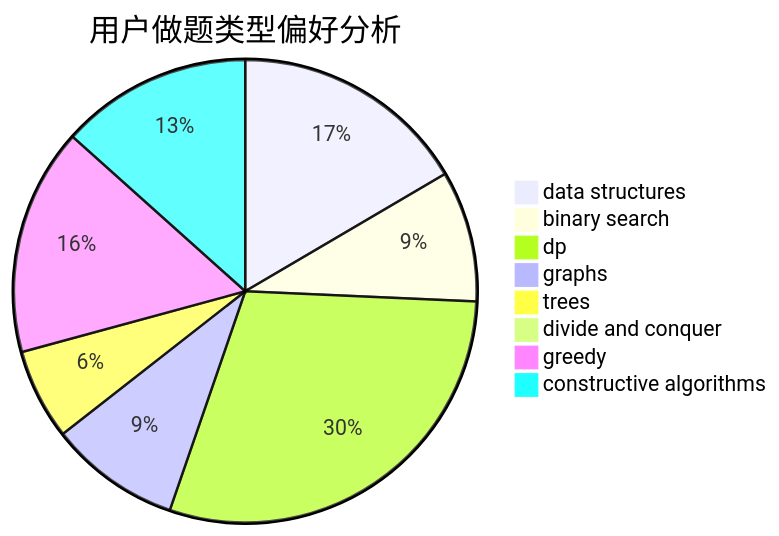
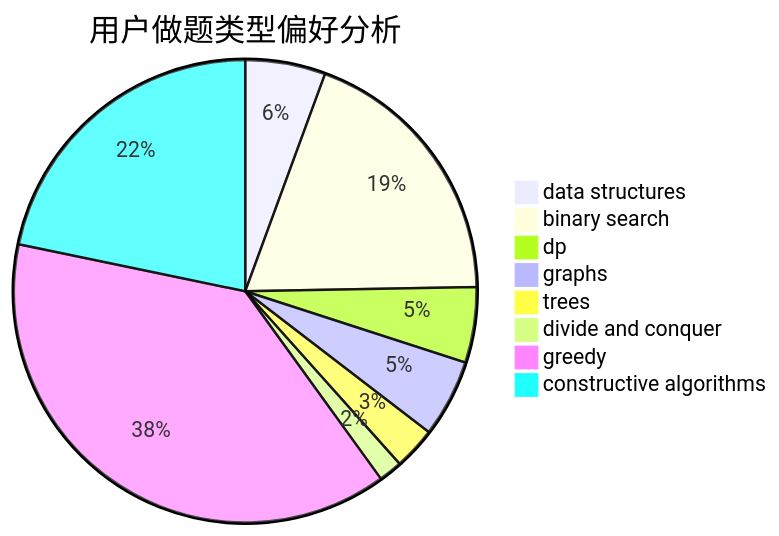
One commit to sherpahu/cfrs.github.io changed the second of 3 diagrams in docs/user/u2220.md. Above: the diagram before and after it, drawn with Mermaid. The commit also changed other lines of this file and 2770 other files, not shown here.

````diff
--- a/docs/user/u2220.md
+++ b/docs/user/u2220.md
@@ -23,11 +23,11 @@
 ```mermaid
 pie title 用户做题类型偏好分析
-    "data structures" :  47
-    "binary search" :  26
-    "dp" :  84
-    "graphs" :  26
+    "data structures" :  34
+    "binary search" :  116
+    "dp" :  32
+    "graphs" :  33
     "trees" :  18
-    "divide and conquer" :  0
-    "greedy" :  45
-    "constructive algorithms" :  38
+    "divide and conquer" :  10
+    "greedy" :  232
+    "constructive algorithms" :  132
 ```
````
